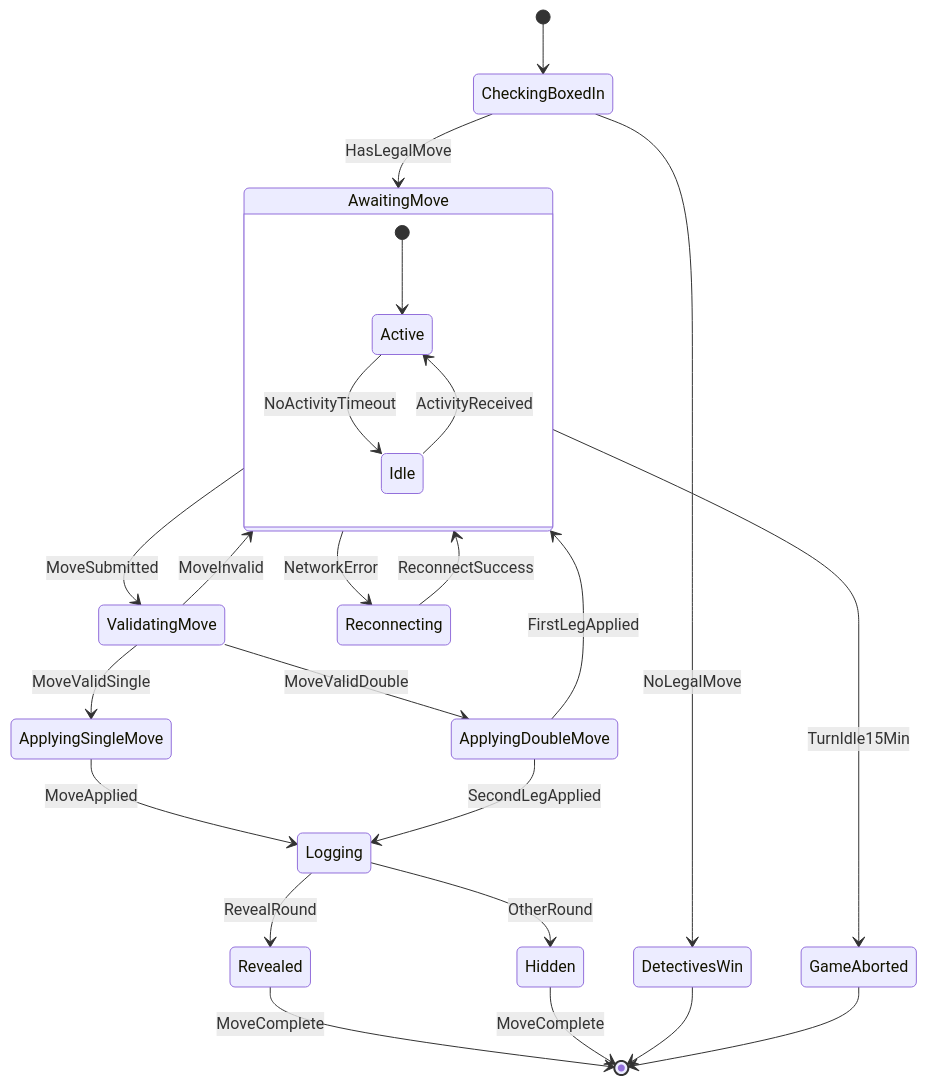
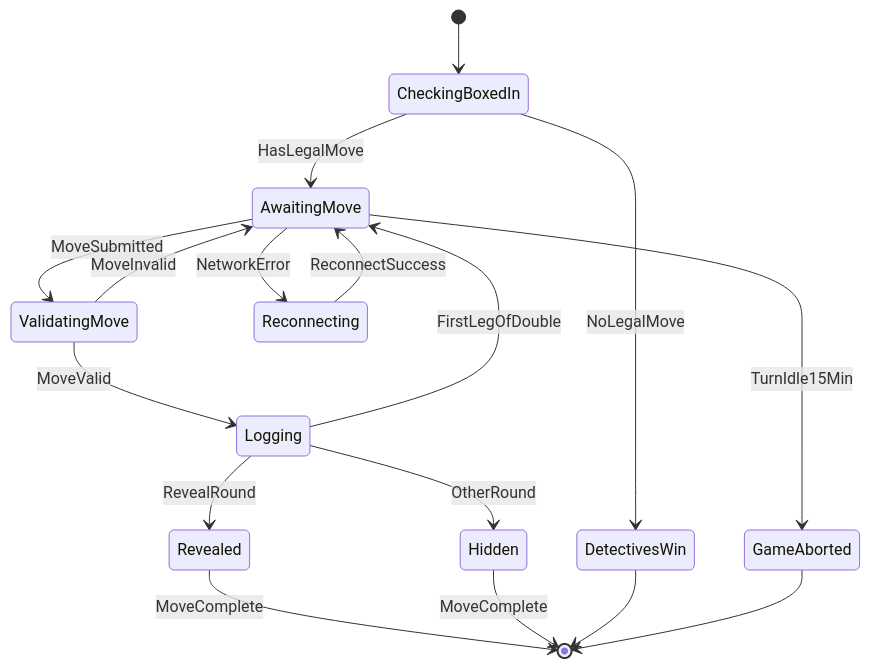
Before and after one commit to Ming-Bao/HuntingMrX: the second of 3 diagrams in documentation/plans/states-diagrams.md, drawn with Mermaid. The commit also changed other lines of this file and 9 other files, not shown here.

First line of the commit message:
docs: sync README, spec, guides, diagrams and OpenAPI with the code

````diff
--- a/documentation/plans/states-diagrams.md
+++ b/documentation/plans/states-diagrams.md
@@ -39,32 +39,23 @@
 ```mermaid
 stateDiagram-v2
     direction TB
 
     [*] --> CheckingBoxedIn
     CheckingBoxedIn --> DetectivesWin : NoLegalMove
     CheckingBoxedIn --> AwaitingMove : HasLegalMove
 
-    state AwaitingMove {
-        [*] --> Active
-        Active --> Idle : NoActivityTimeout
-        Idle --> Active : ActivityReceived
-    }
-
     AwaitingMove --> ValidatingMove : MoveSubmitted
     AwaitingMove --> GameAborted : TurnIdle15Min
     AwaitingMove --> Reconnecting : NetworkError
     Reconnecting --> AwaitingMove : ReconnectSuccess
 
     ValidatingMove --> AwaitingMove : MoveInvalid
-    ValidatingMove --> ApplyingSingleMove : MoveValidSingle
-    ValidatingMove --> ApplyingDoubleMove : MoveValidDouble
-    ApplyingSingleMove --> Logging : MoveApplied
-    ApplyingDoubleMove --> AwaitingMove : FirstLegApplied
-    ApplyingDoubleMove --> Logging : SecondLegApplied
+    ValidatingMove --> Logging : MoveValid
+    Logging --> AwaitingMove : FirstLegOfDouble
     Logging --> Revealed : RevealRound
     Logging --> Hidden : OtherRound
     Revealed --> [*] : MoveComplete
     Hidden --> [*] : MoveComplete
     DetectivesWin --> [*]
     GameAborted --> [*]
 ```
````
